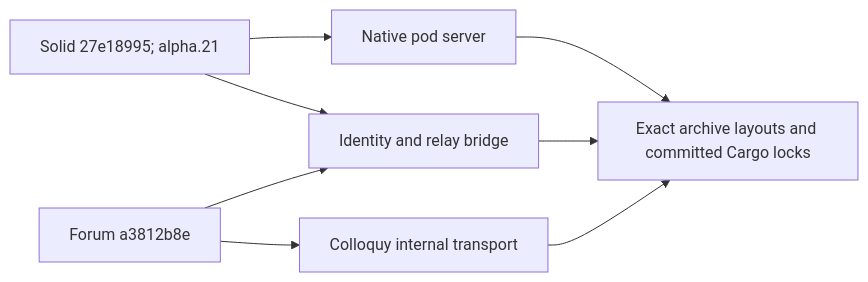
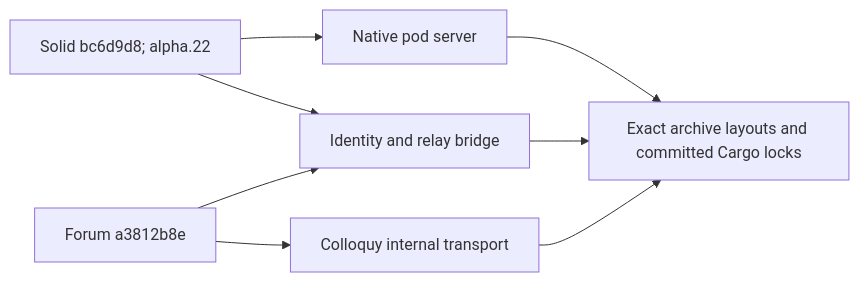
One commit to DreamLab-AI/VisionFlow changed the second of 3 diagrams in docs/diagrams/agentbox/42-custody-callers-and-consumer-pins.md. Above: the diagram before and after it, drawn with Mermaid. The commit also changed other lines of this file and 17 other files, not shown here.

````diff
--- a/docs/diagrams/agentbox/42-custody-callers-and-consumer-pins.md
+++ b/docs/diagrams/agentbox/42-custody-callers-and-consumer-pins.md
@@ -58,14 +58,14 @@
 ```mermaid
 flowchart LR
-    %% Source: ../project/agentbox/lib/solid-pod-rs.nix:64
-    S["Solid 27e18995; alpha.21"] --> Server["Native pod server"]
-    %% Source: ../project/agentbox/lib/nostr-pod-bridge.nix:64
+    %% Source: ../project/agentbox/lib/solid-pod-rs.nix:69
+    S["Solid bc6d9d8; alpha.22"] --> Server["Native pod server"]
+    %% Source: ../project/agentbox/lib/nostr-pod-bridge.nix:65
     S --> Bridge["Identity and relay bridge"]
     %% Source: ../project/agentbox/lib/nostr-pod-bridge.nix:50
     F["Forum a3812b8e"] --> Bridge
     %% Source: ../project/agentbox/lib/colloquy.nix:46
     F --> C["Colloquy internal transport"]
     Bridge --> Gate["Exact archive layouts and committed Cargo locks"]
     C --> Gate
     Server --> Gate
 ```
````
